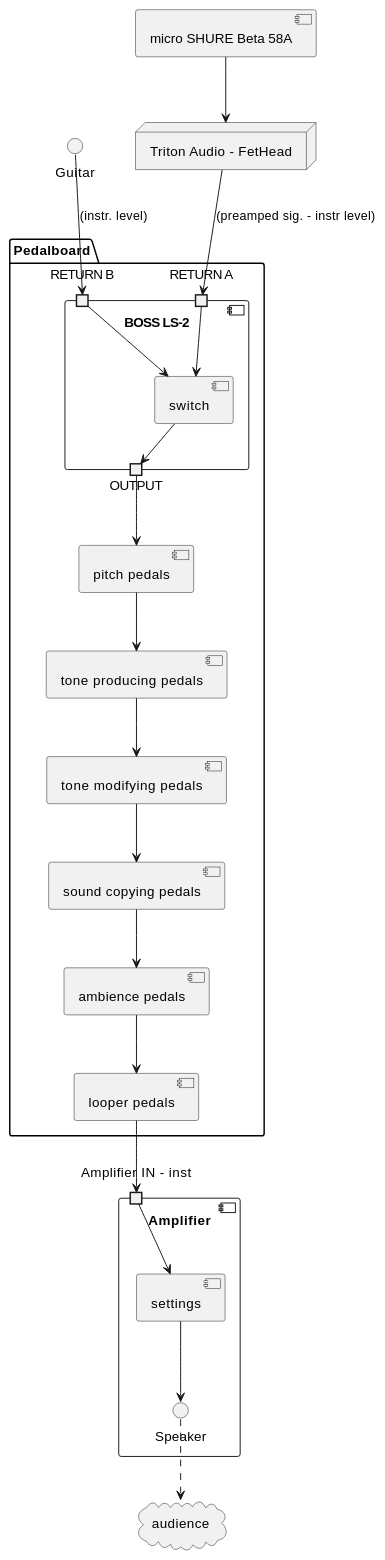
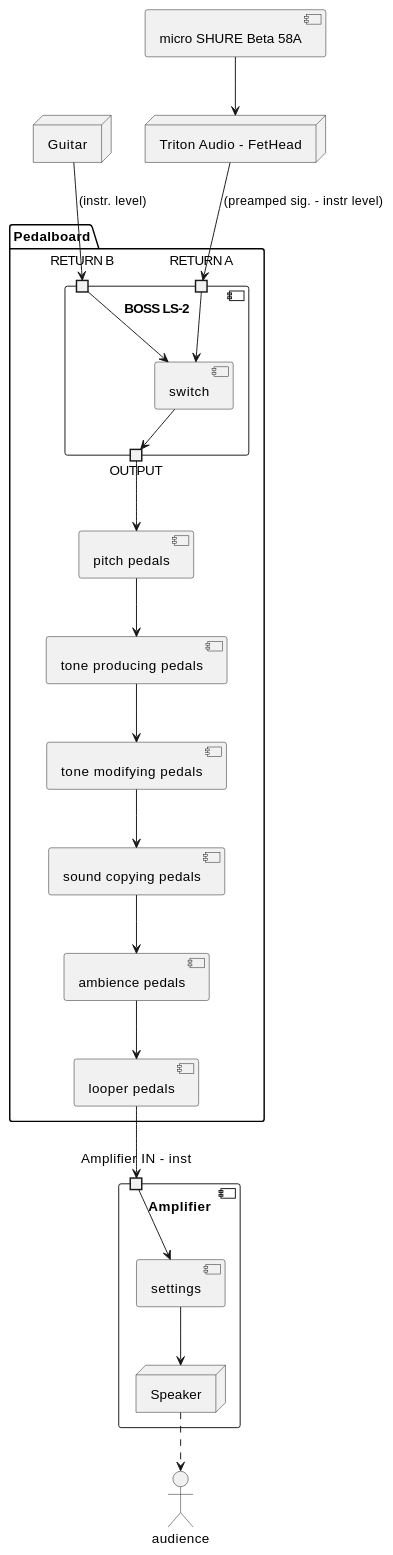
The second of 2 diagrams in docs/studio.md (Moustov/pedalboard), drawn with PlantUML before and after one commit. The commit also changed 4 other files, not shown here.

````diff
--- a/docs/studio.md
+++ b/docs/studio.md
@@ -36,43 +36,43 @@
 ```plantuml
 @startuml standalone
 
 
 component "Amplifier" {
   portin "Amplifier IN - inst"
   "Amplifier IN - inst" --> [settings]
+  node "Speaker"
   [settings] --> "Speaker"
 }
 
 
 node "Triton Audio - FetHead" {
 
 }
 
 package "Pedalboard" {
     component "BOSS LS-2" {
       portin "RETURN A"
       portin "RETURN B"
       portout "OUTPUT"
       "RETURN A" --> [switch]
       "RETURN B" --> [switch]
       [switch] --> "OUTPUT"
     }
   [pitch pedals] --> [tone producing pedals]
   [tone producing pedals] --> [tone modifying pedals]
   [tone modifying pedals] --> [sound copying pedals]
   [sound copying pedals] --> [ambience pedals]
   [ambience pedals] --> [looper pedals]
 }
-
-cloud audience{
-}
+node "Guitar" 
+actor audience
 
 [micro SHURE Beta 58A] --> "Triton Audio - FetHead"
  "Triton Audio - FetHead" --> "RETURN A" : "(preamped sig. - instr level)"
 "Guitar" --> "RETURN B" : "(instr. level)"
 "OUTPUT" --> [pitch pedals]
 [looper pedals] --> "Amplifier IN - inst"
 "Speaker" ..> audience
 
 @enduml
 ```
````
